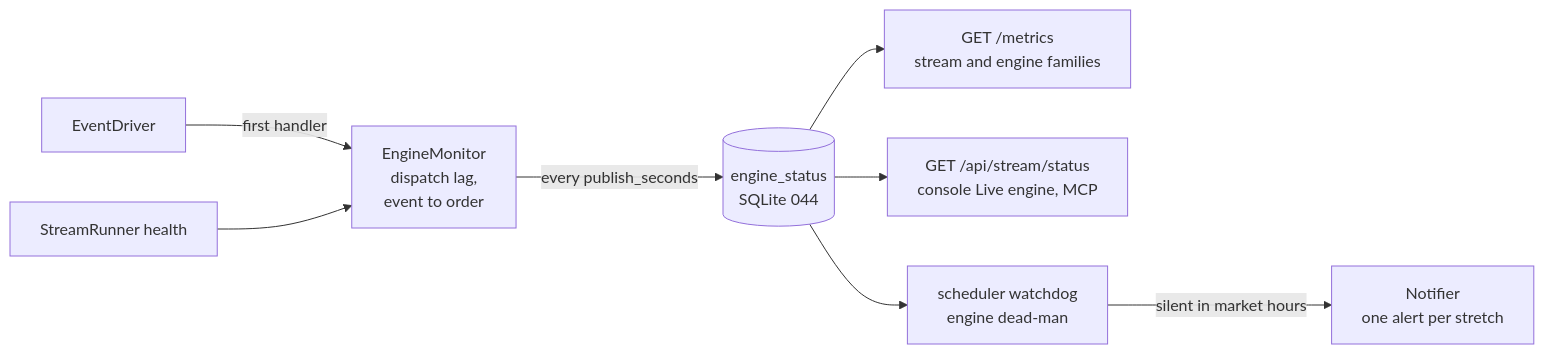
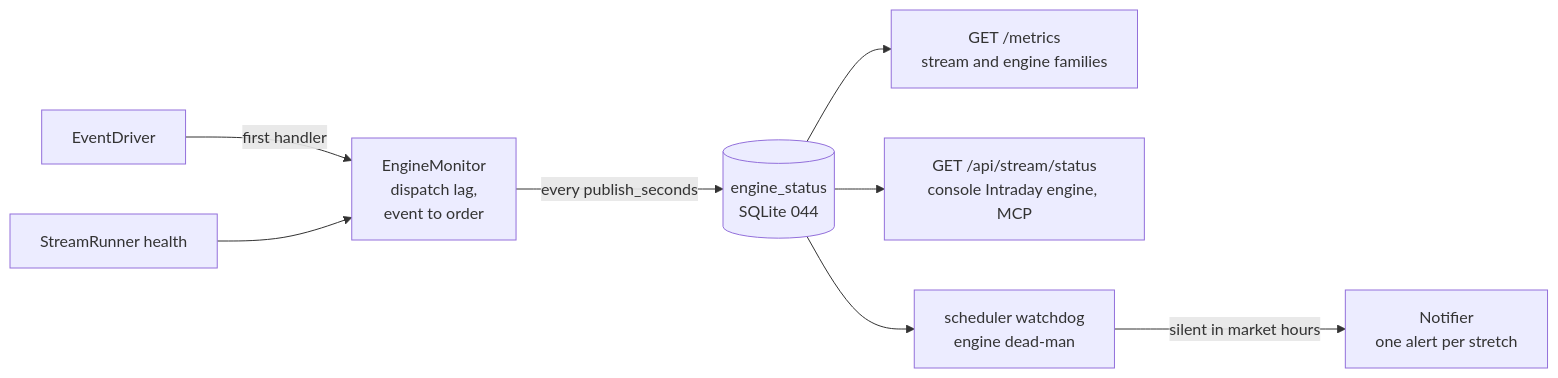
One commit to sleousis/Stonks changed the ninth of 11 diagrams in docs/design/intraday.md. Above: the diagram before and after it, drawn with Mermaid. The commit also changed other lines of this file and 59 other files, not shown here.

First line of the commit message:
Finish the polish leftovers: error details, flows, docs, hygiene (#50)

````diff
--- a/docs/design/intraday.md
+++ b/docs/design/intraday.md
@@ -403,10 +403,10 @@
 ```mermaid
 flowchart LR
   DRV[EventDriver] -->|first handler| MON[EngineMonitor<br/>dispatch lag,<br/>event to order]
   RUN[StreamRunner health] --> MON
   MON -->|every publish_seconds| ROW[(engine_status<br/>SQLite 044)]
   ROW --> MET[GET /metrics<br/>stream and engine families]
-  ROW --> API[GET /api/stream/status<br/>console Live engine, MCP]
+  ROW --> API[GET /api/stream/status<br/>console Intraday engine, MCP]
   ROW --> DOG[scheduler watchdog<br/>engine dead-man]
   DOG -->|silent in market hours| NOT[Notifier<br/>one alert per stretch]
 ```
````
